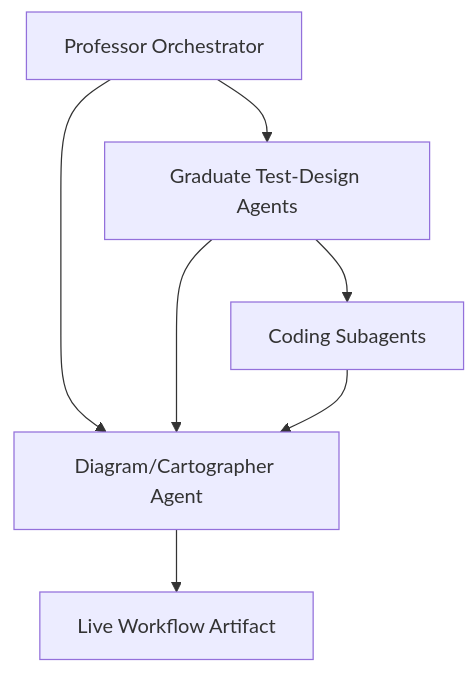
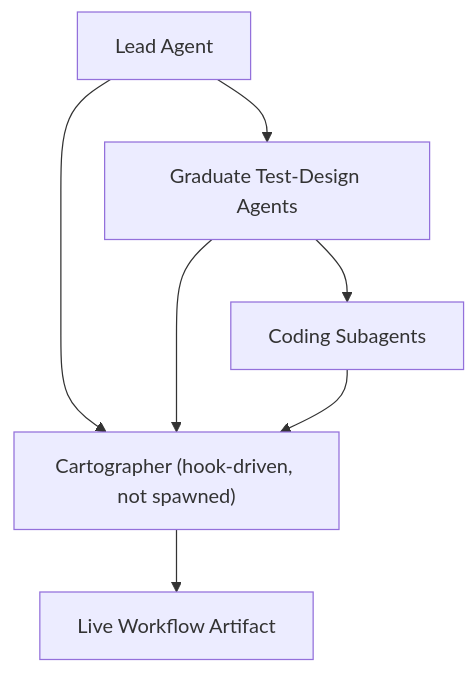
The fifth of 7 diagrams in docs/workflow_diagrams.md (kisbi3/ResearchPartner), drawn with Mermaid before and after one commit. The commit also changed 37 other files, not shown here.

````diff
--- a/docs/workflow_diagrams.md
+++ b/docs/workflow_diagrams.md
@@ -74,9 +74,9 @@
 ```mermaid
 flowchart TB
-    P["Professor Orchestrator"] --> G["Graduate Test-Design Agents"]
+    P["Lead Agent"] --> G["Graduate Test-Design Agents"]
     G --> C["Coding Subagents"]
-    P --> D["Diagram/Cartographer Agent"]
+    P --> D["Cartographer (hook-driven, not spawned)"]
     G --> D
     C --> D
     D --> W["Live Workflow Artifact"]
 ```
````
